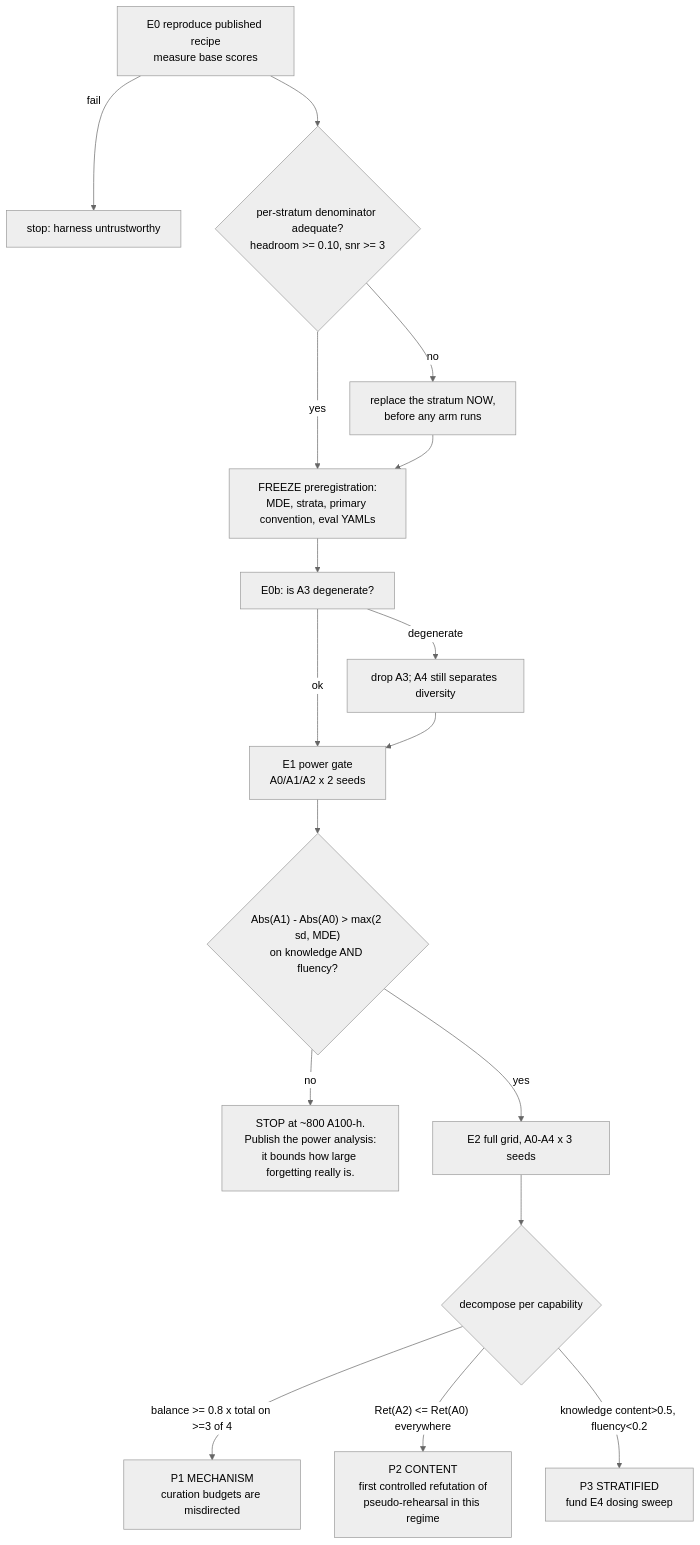
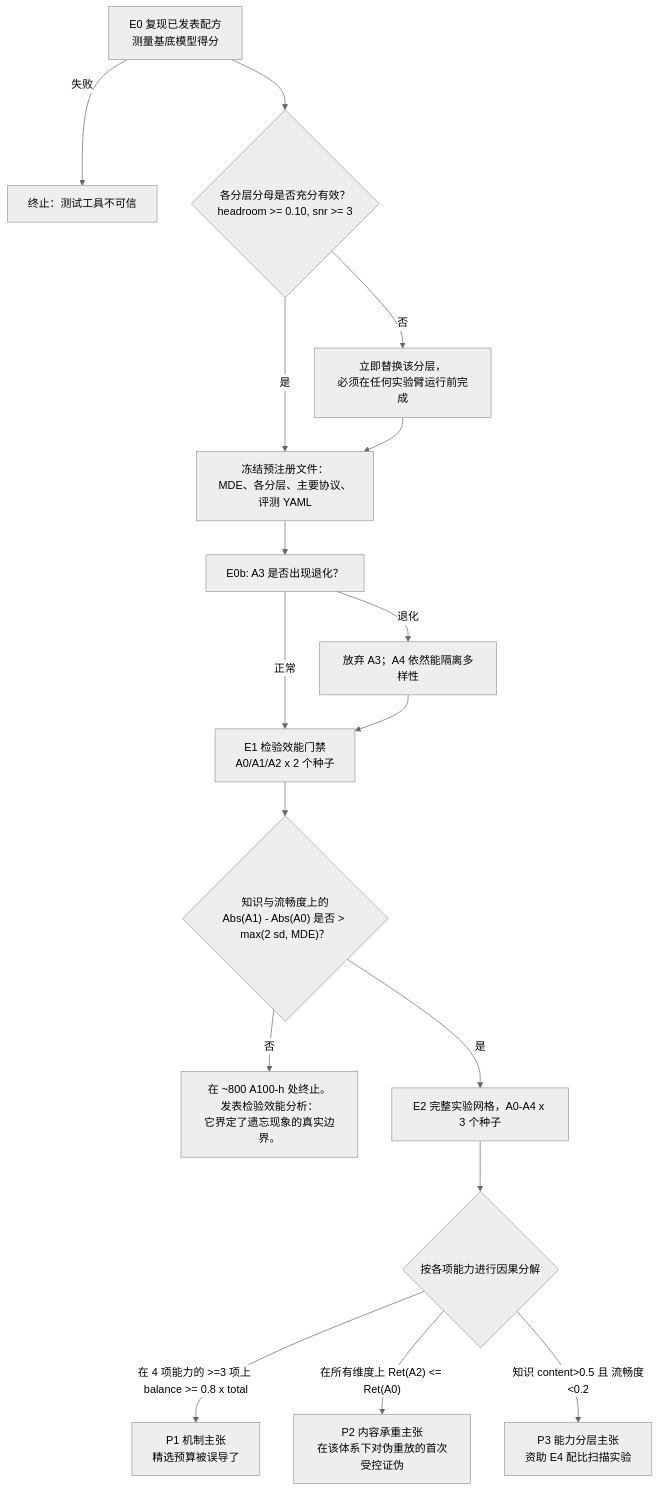
The fourth of 4 diagrams in Windows7/Idea_03/diagrams/architecture.md (songkang688/idea), drawn with Mermaid (neutral theme) before and after one commit. The commit also changed other lines of this file and 74 other files, not shown here.

````diff
--- a/Windows7/Idea_03/diagrams/architecture.md
+++ b/Windows7/Idea_03/diagrams/architecture.md
@@ -75,22 +68,22 @@
 ```mermaid
 flowchart TD
-    E0["E0 reproduce published recipe<br/>measure base scores"] -- fail --> K0["stop: harness untrustworthy"]
-    E0 --> DEN{"per-stratum denominator adequate?<br/>headroom >= 0.10, snr >= 3"}
-    DEN -- no --> REP["replace the stratum NOW,<br/>before any arm runs"]
-    DEN -- yes --> FREEZE["FREEZE preregistration:<br/>MDE, strata, primary convention, eval YAMLs"]
+    E0["E0 复现已发表配方<br/>测量基底模型得分"] -- 失败 --> K0["终止：测试工具不可信"]
+    E0 --> DEN{"各分层分母是否充分有效？<br/>headroom >= 0.10, snr >= 3"}
+    DEN -- 否 --> REP["立即替换该分层，<br/>必须在任何实验臂运行前完成"]
+    DEN -- 是 --> FREEZE["冻结预注册文件：<br/>MDE、各分层、主要协议、评测 YAML"]
     REP --> FREEZE
 
-    FREEZE --> E0B["E0b: is A3 degenerate?"]
-    E0B -- degenerate --> DROP["drop A3; A4 still separates diversity"]
-    E0B -- ok --> E1
-    DROP --> E1["E1 power gate<br/>A0/A1/A2 x 2 seeds"]
+    FREEZE --> E0B["E0b: A3 是否出现退化？"]
+    E0B -- 退化 --> DROP["放弃 A3；A4 依然能隔离多样性"]
+    E0B -- 正常 --> E1
+    DROP --> E1["E1 检验效能门禁<br/>A0/A1/A2 x 2 个种子"]
 
-    E1 --> P0{"Abs(A1) - Abs(A0) > max(2 sd, MDE)<br/>on knowledge AND fluency?"}
-    P0 -- no --> STOP["STOP at ~800 A100-h.<br/>Publish the power analysis:<br/>it bounds how large forgetting really is."]
-    P0 -- yes --> E2["E2 full grid, A0-A4 x 3 seeds"]
+    E1 --> P0{"知识与流畅度上的<br/>Abs(A1) - Abs(A0) 是否 > max(2 sd, MDE)？"}
+    P0 -- 否 --> STOP["在 ~800 A100-h 处终止。<br/>发表检验效能分析：<br/>它界定了遗忘现象的真实边界。"]
+    P0 -- 是 --> E2["E2 完整实验网格，A0-A4 x 3 个种子"]
 
-    E2 --> R{"decompose per capability"}
-    R -->|"balance >= 0.8 x total on >=3 of 4"| P1["P1 MECHANISM<br/>curation budgets are misdirected"]
-    R -->|"Ret(A2) <= Ret(A0) everywhere"| P2["P2 CONTENT<br/>first controlled refutation of<br/>pseudo-rehearsal in this regime"]
-    R -->|"knowledge content>0.5, fluency<0.2"| P3["P3 STRATIFIED<br/>fund E4 dosing sweep"]
+    E2 --> R{"按各项能力进行因果分解"}
+    R -->|"在 4 项能力的 >=3 项上 balance >= 0.8 x total"| P1["P1 机制主张<br/>精选预算被误导了"]
+    R -->|"在所有维度上 Ret(A2) <= Ret(A0)"| P2["P2 内容承重主张<br/>在该体系下对伪重放的首次受控证伪"]
+    R -->|"知识 content>0.5 且 流畅度<0.2"| P3["P3 能力分层主张<br/>资助 E4 配比扫描实验"]
 ```
````
